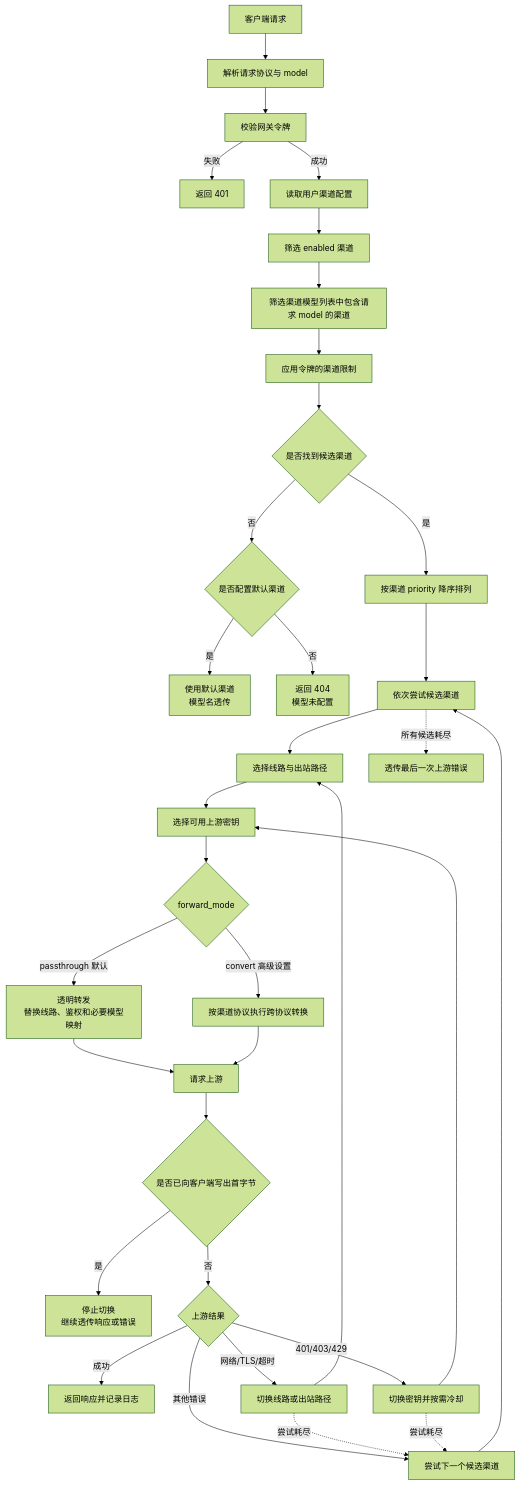
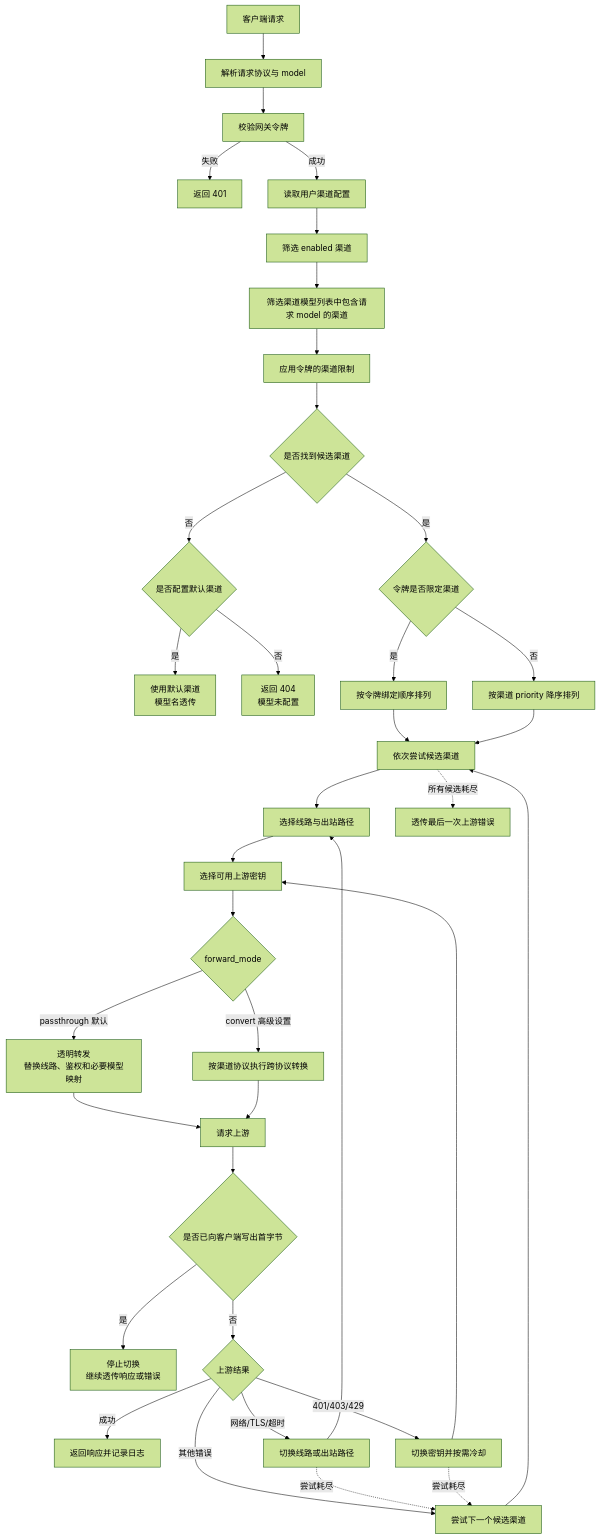
One commit to jettqian/keyway changed the first of 2 diagrams in docs/DESIGN.md. Above: the diagram before and after it, drawn with Mermaid (forest theme). The commit also changed other lines of this file and 18 other files, not shown here.

````diff
--- a/docs/DESIGN.md
+++ b/docs/DESIGN.md
@@ -252,45 +256,48 @@
 ```mermaid
 flowchart TD
     A[客户端请求] --> B[解析请求协议与 model]
     B --> C[校验网关令牌]
     C -->|失败| E401[返回 401]
     C -->|成功| D[读取用户渠道配置]
 
     D --> E[筛选 enabled 渠道]
     E --> F[筛选渠道模型列表中包含请求 model 的渠道]
     F --> G[应用令牌的渠道限制]
     G --> H{是否找到候选渠道}
 
     H -->|否| I{是否配置默认渠道}
     I -->|是| J[使用默认渠道\n模型名透传]
     I -->|否| E404[返回 404\n模型未配置]
 
-    H -->|是| K[按渠道 priority 降序排列]
-    K --> L[依次尝试候选渠道]
+    H -->|是| K{令牌是否限定渠道}
+    K -->|是| K1[按令牌绑定顺序排列]
+    K -->|否| K2[按渠道 priority 降序排列]
+    K1 --> L[依次尝试候选渠道]
+    K2 --> L
 
     L --> M[选择线路与出站路径]
     M --> N[选择可用上游密钥]
     N --> O{forward_mode}
 
     O -->|passthrough 默认| P[透明转发\n替换线路、鉴权和必要模型映射]
     O -->|convert 高级设置| Q[按渠道协议执行跨协议转换]
 
     P --> R[请求上游]
     Q --> R
 
     R --> S{是否已向客户端写出首字节}
     S -->|是| T[停止切换\n继续透传响应或错误]
     S -->|否| U{上游结果}
 
     U -->|成功| V[返回响应并记录日志]
     U -->|网络/TLS/超时| W[切换线路或出站路径]
     U -->|401/403/429| X[切换密钥并按需冷却]
     U -->|其他错误| Y[尝试下一个候选渠道]
 
     W --> M
     X --> N
     W -.尝试耗尽.-> Y
     X -.尝试耗尽.-> Y
     Y --> L
     L -.所有候选耗尽.-> Z[透传最后一次上游错误]
 ```
````
